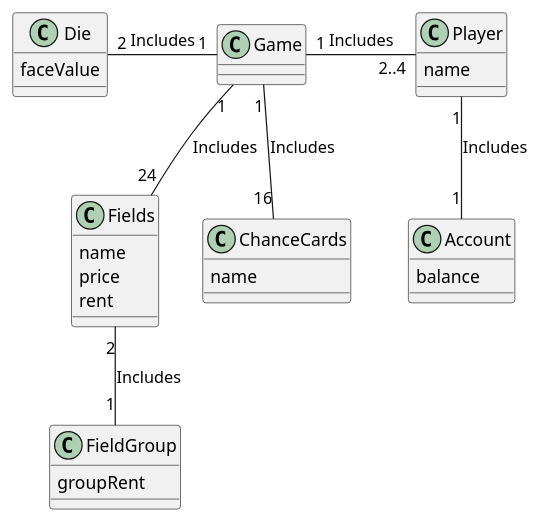
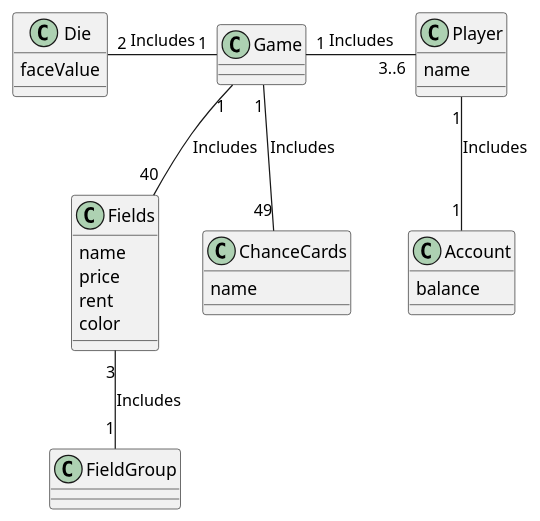
Before and after one commit to DTUSoftware/Matador: the diagram in src/main/resources/DomainModel.puml, drawn with PlantUML. The commit also changed 5 other files, not shown here.

Commit message:
Update UML diagrams to match new requirements and game layout

```diff
--- a/src/main/resources/DomainModel.puml
+++ b/src/main/resources/DomainModel.puml
@@ -1,40 +1,40 @@
 @startuml
 'https://plantuml.com/class-diagram
 
 class Game {
 }
 
 class Die {
     faceValue
 }
 
 class Player {
     name
 }
 
 class Fields {
     name
     price
     rent
+    color
 }
 
 
 class FieldGroup {
-    groupRent
 }
 
 class Account {
     balance
 }
 
 class ChanceCards {
     name
 }
 
-Game "1" -r "2..4" Player : Includes
+Game "1" -r "3..6" Player : Includes
 Game "1" -l "2" Die : Includes
-Game "1" -- "24" Fields : Includes
-Fields "2" -- "1" FieldGroup : Includes
+Game "1" -- "40" Fields : Includes
+Fields "3" -- "1" FieldGroup : Includes
 Player  "1" -d- "1" Account: Includes
-Game "1" -d- "16" ChanceCards: Includes
+Game "1" -d- "49" ChanceCards: Includes
 @enduml
```
